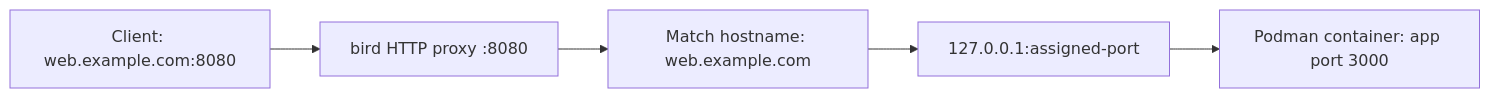
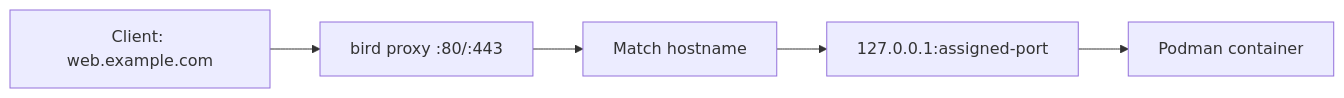
The diagram in README.md (aelpxy/bird), drawn with Mermaid before and after one commit. The commit also changed other lines of this file, not shown here.

````diff
--- a/README.md
+++ b/README.md
@@ -119,7 +159,7 @@
 ```mermaid
 flowchart LR
-    client["Client: web.example.com:8080"] --> proxy["bird HTTP proxy :8080"]
-    proxy --> route["Match hostname: web.example.com"]
+    client["Client: web.example.com"] --> proxy["bird proxy :80/:443"]
+    proxy --> route["Match hostname"]
     route --> upstream["127.0.0.1:assigned-port"]
-    upstream --> container["Podman container: app port 3000"]
+    upstream --> container["Podman container"]
 ```
````
